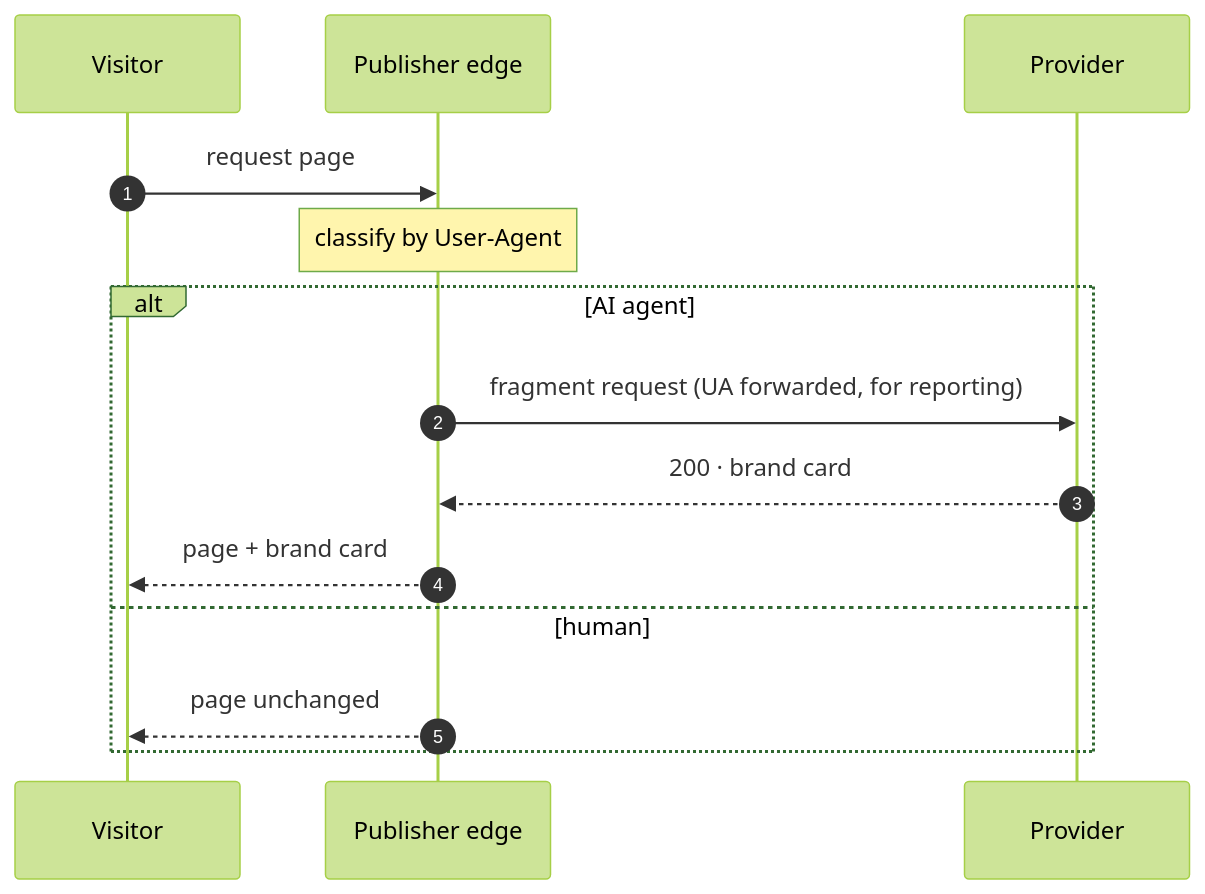
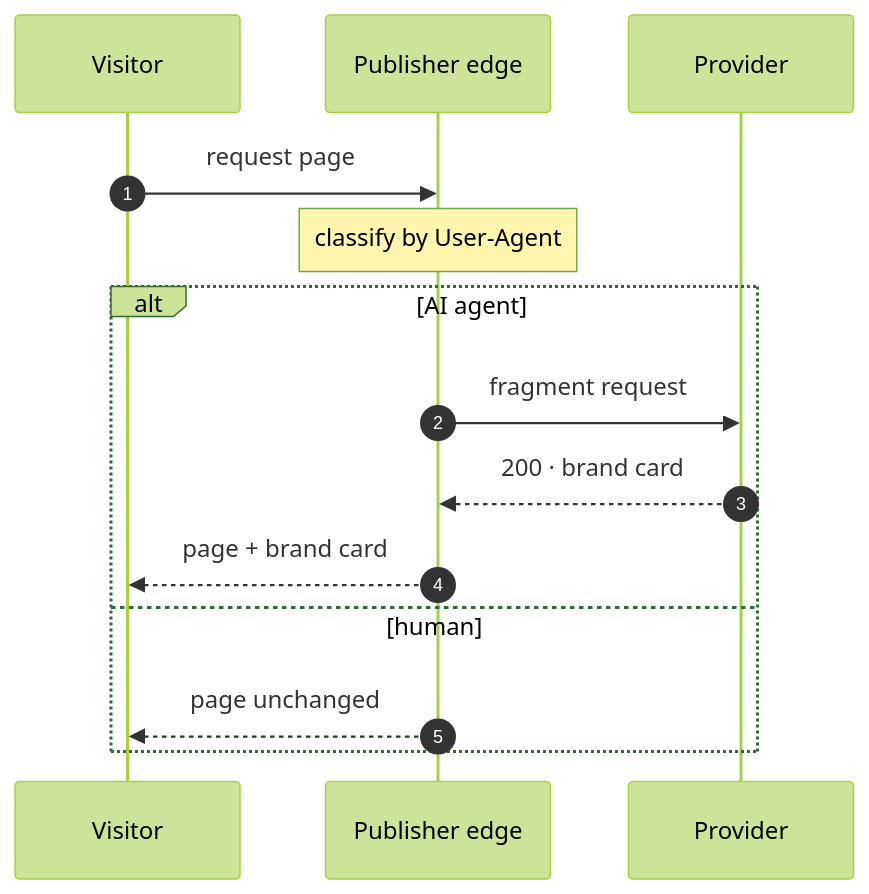
Before and after one commit to brandcontent-dev/spec: the diagram in docs/index.md, drawn with Mermaid (forest theme).

Commit message:
Trim the How-it-works diagram to the core flow
Drop the "UA forwarded, for reporting" annotation on the fragment-request
arrow: edge classification is already shown by the Note, and the UA-for-reporting
detail lives in the endpoint prose and the OpenAPI contract.

````diff
--- a/docs/index.md
+++ b/docs/index.md
@@ -27,16 +27,16 @@
 ```mermaid
 sequenceDiagram
     autonumber
     participant V as Visitor
     participant E as Publisher edge
     participant P as Provider
     V->>E: request page
     Note over E: classify by User-Agent
     alt AI agent
-        E->>P: fragment request (UA forwarded, for reporting)
+        E->>P: fragment request
         P-->>E: 200 · brand card
         E-->>V: page + brand card
     else human
         E-->>V: page unchanged
     end
 ```
````
